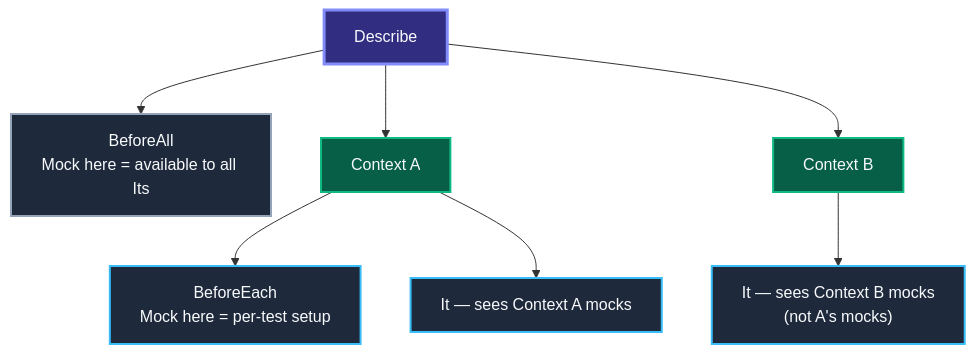
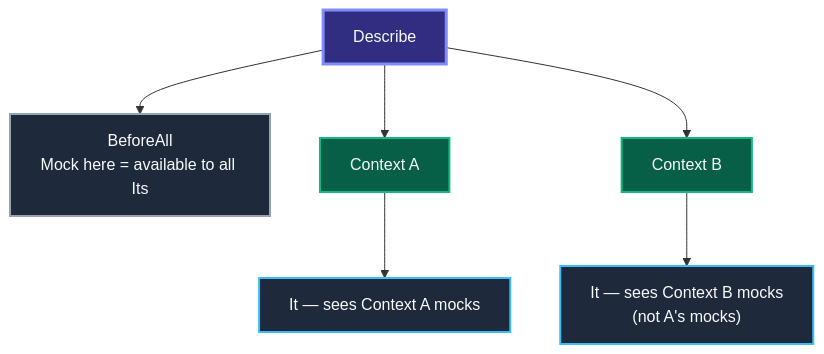
The third of 4 diagrams in Pester-Delivery/Day-1/Modules/03. Mocking-and-Test-Isolation.md (gitpavleenbali/Pester-Workshop), drawn with Mermaid before and after one commit. The commit also changed other lines of this file and 1 other file, not shown here.

Commit message:
Module 02: add legacy test strategy section. Module 03: trim to essentials (542→294 lines)

````diff
--- a/Pester-Delivery/Day-1/Modules/03. Mocking-and-Test-Isolation.md
+++ b/Pester-Delivery/Day-1/Modules/03. Mocking-and-Test-Isolation.md
@@ -205,18 +138,16 @@
 ```mermaid
 graph TB
     DESC["Describe"]
     DESC --> BA["BeforeAll<br/>Mock here = available to all Its"]
     DESC --> CTX1["Context A"]
     DESC --> CTX2["Context B"]
-    CTX1 --> BE1["BeforeEach<br/>Mock here = per-test setup"]
     CTX1 --> IT1["It — sees Context A mocks"]
     CTX2 --> IT2["It — sees Context B mocks<br/>(not A's mocks)"]
 
     style DESC fill:#312e81,stroke:#818cf8,color:#f8fafc,stroke-width:3px
     style BA fill:#1e293b,stroke:#94a3b8,color:#f8fafc,stroke-width:2px
     style CTX1 fill:#065f46,stroke:#10b981,color:#f8fafc,stroke-width:2px
     style CTX2 fill:#065f46,stroke:#10b981,color:#f8fafc,stroke-width:2px
-    style BE1 fill:#1e293b,stroke:#38bdf8,color:#f8fafc,stroke-width:2px
     style IT1 fill:#1e293b,stroke:#38bdf8,color:#f8fafc,stroke-width:2px
     style IT2 fill:#1e293b,stroke:#38bdf8,color:#f8fafc,stroke-width:2px
 ```
````
